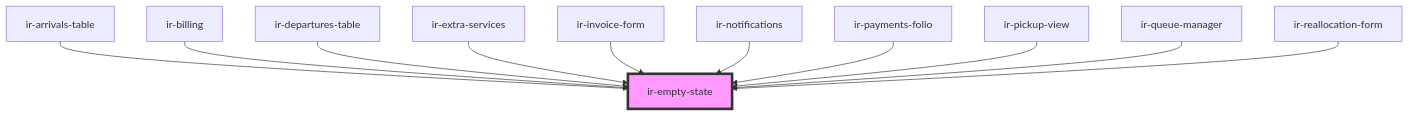
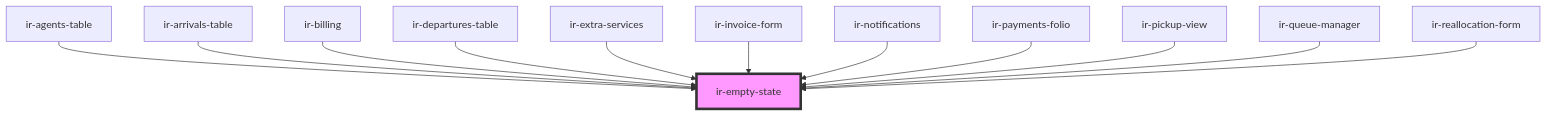
The diagram in src/components/ir-empty-state/readme.md (RonyRizk/ir-webcmp), drawn with Mermaid before and after one commit. The commit also changed other lines of this file and 64 other files, not shown here.

````diff
--- a/src/components/ir-empty-state/readme.md
+++ b/src/components/ir-empty-state/readme.md
@@ -38,14 +39,15 @@
 ```mermaid
 graph TD;
+  ir-agents-table --> ir-empty-state
   ir-arrivals-table --> ir-empty-state
   ir-billing --> ir-empty-state
   ir-departures-table --> ir-empty-state
   ir-extra-services --> ir-empty-state
   ir-invoice-form --> ir-empty-state
   ir-notifications --> ir-empty-state
   ir-payments-folio --> ir-empty-state
   ir-pickup-view --> ir-empty-state
   ir-queue-manager --> ir-empty-state
   ir-reallocation-form --> ir-empty-state
   style ir-empty-state fill:#f9f,stroke:#333,stroke-width:4px
 ```
````
